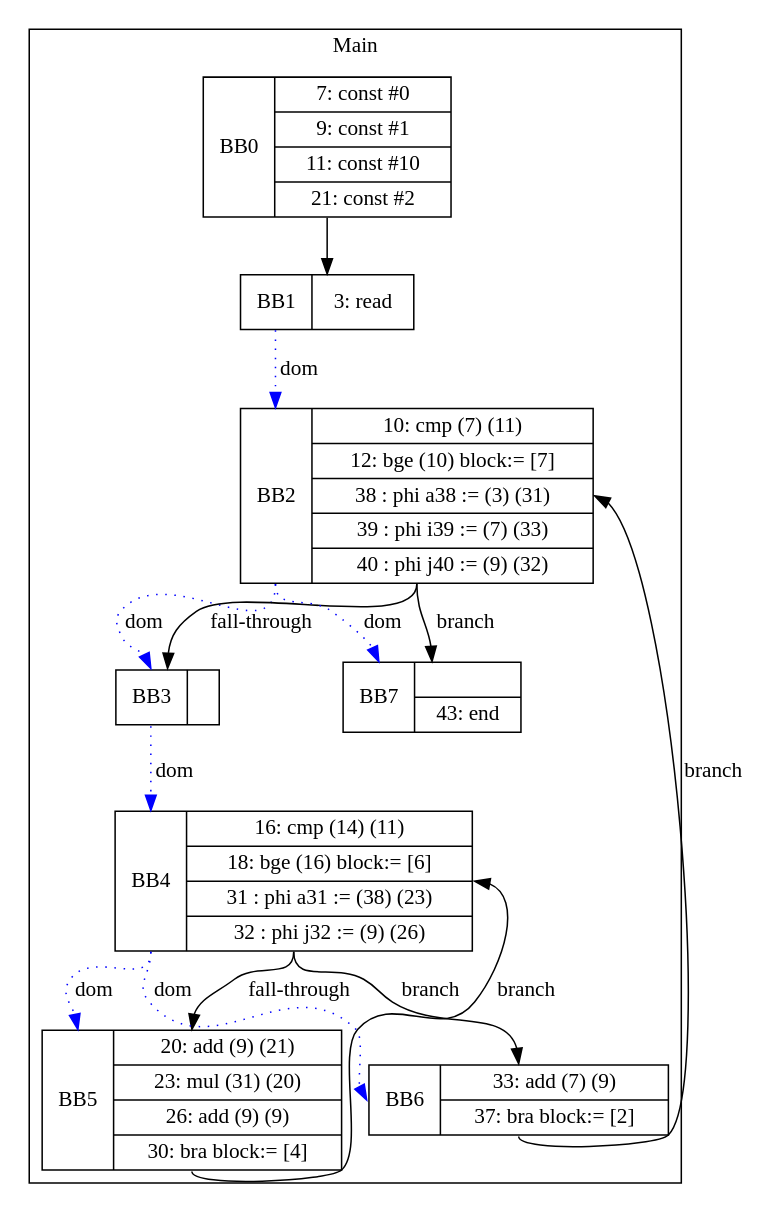
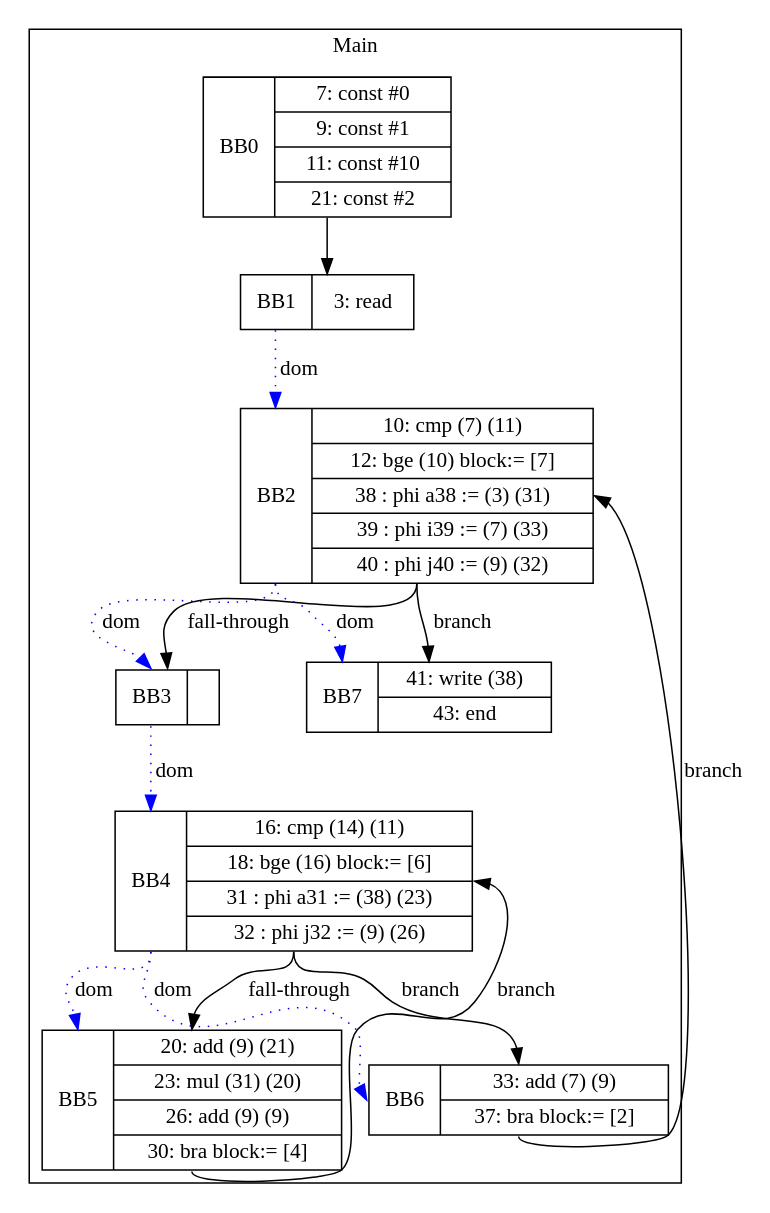
The diagram in visualization/Ricky/whileTests/nestedwhile/basicNestedWhile.gv (zjc664656505/UCI-CS241-Advanced-Compiler-main), drawn with Graphviz before and after one commit. The commit also changed 26 other files, not shown here.

```diff
--- a/visualization/Ricky/whileTests/nestedwhile/basicNestedWhile.gv
+++ b/visualization/Ricky/whileTests/nestedwhile/basicNestedWhile.gv
@@ -1,27 +1,27 @@
 digraph G {
 node [shape=record];
 subgraph cluster_main{
 label = "Main";
 BB0 [shape=record, label="<b>BB0|{7: const #0|9: const #1|11: const #10|21: const #2}"];
 BB1 [shape=record, label="<b>BB1|{3: read}"];
 BB2 [shape=record, label="<b>BB2|{10: cmp (7) (11)|12: bge (10) block:= [7]|38 : phi a38 := (3) (31)|39 : phi i39 := (7) (33)|40 : phi j40 := (9) (32)}"];
 BB3 [shape=record, label="<b>BB3|}"];
 BB4 [shape=record, label="<b>BB4|{16: cmp (14) (11)|18: bge (16) block:= [6]|31 : phi a31 := (38) (23)|32 : phi j32 := (9) (26)}"];
 BB5 [shape=record, label="<b>BB5|{20: add (9) (21)|23: mul (31) (20)|26: add (9) (9)|30: bra block:= [4]}"];
 BB6 [shape=record, label="<b>BB6|{33: add (7) (9)|37: bra block:= [2]}"];
-BB7 [shape=record, label="<b>BB7|{|43: end}"];
+BB7 [shape=record, label="<b>BB7|{41: write (38)|43: end}"];
 }
 BB0:s -> BB1:n ;
 BB1:b -> BB2:b [color=blue, style=dotted, label="dom"];
 BB3:b -> BB4:b [color=blue, style=dotted, label="dom"];
 BB2:b -> BB7:b [color=blue, style=dotted, label="dom"];
 BB4:b -> BB6:b [color=blue, style=dotted, label="dom"];
 BB2:b -> BB3:b [color=blue, style=dotted, label="dom"];
 BB4:b -> BB5:b [color=blue, style=dotted, label="dom"];
 BB4:s -> BB6:n [label="branch"];
 BB2:s -> BB7:n [label="branch"];
 BB6:s -> BB2:e [label="branch"];
 BB5:s -> BB4:e [label="branch"];
 BB2:s -> BB3:n [label="fall-through"];
 BB4:s -> BB5:n [label="fall-through"];
 }
```
